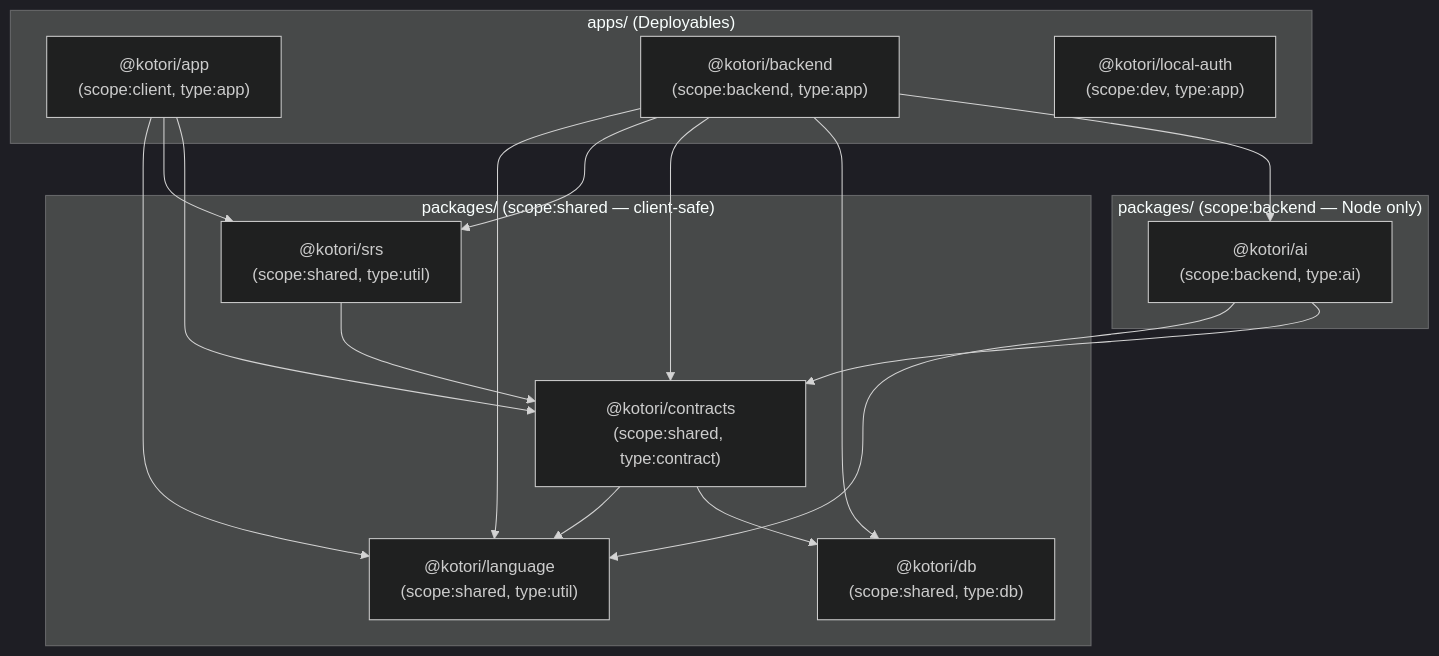
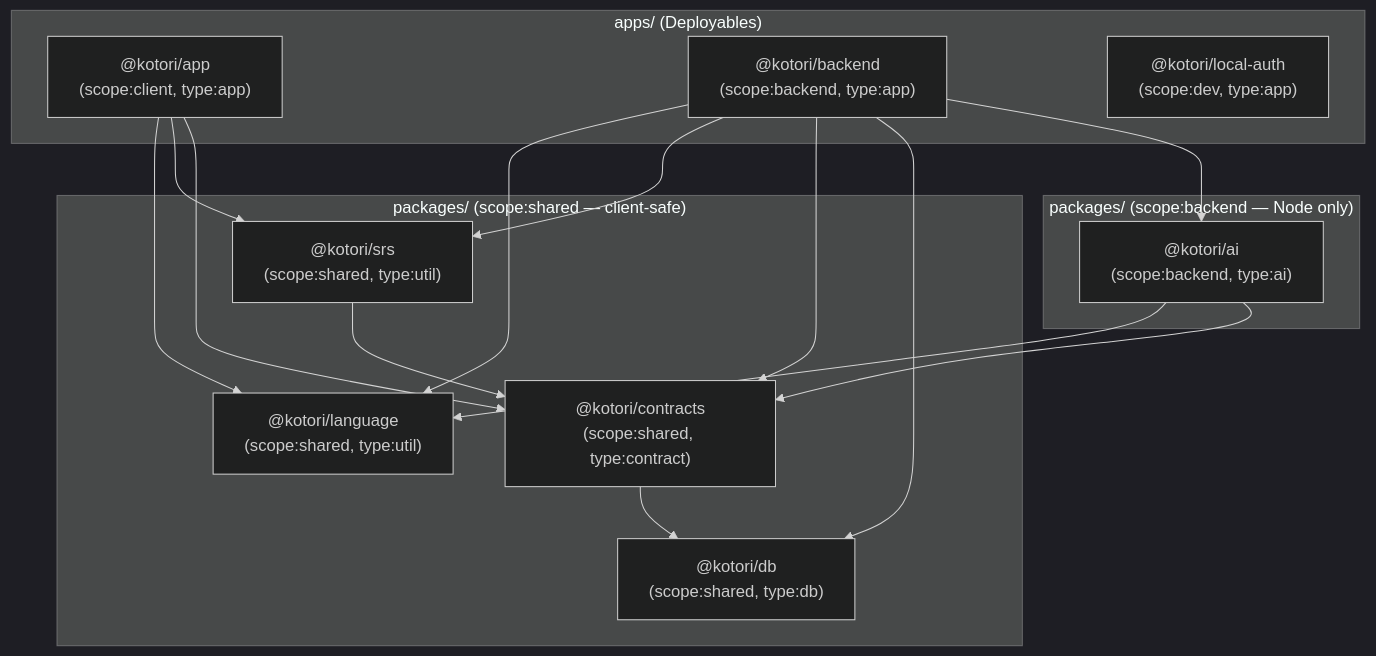
Before and after one commit to 0Calories/kotori: the diagram in docs/monorepo-rearchitecture.md, drawn with Mermaid (dark theme). The commit also changed other lines of this file and 25 other files, not shown here.

````diff
--- a/docs/monorepo-rearchitecture.md
+++ b/docs/monorepo-rearchitecture.md
@@ -160,36 +148,35 @@
 ```mermaid
 flowchart TD
   subgraph Apps ["apps/ (Deployables)"]
     App["@kotori/app<br/>(scope:client, type:app)"]
     Backend["@kotori/backend<br/>(scope:backend, type:app)"]
     LocalAuth["@kotori/local-auth<br/>(scope:dev, type:app)"]
   end
 
   subgraph BackendLibs ["packages/ (scope:backend — Node only)"]
     AI["@kotori/ai<br/>(scope:backend, type:ai)"]
   end
 
   subgraph SharedLibs ["packages/ (scope:shared — client-safe)"]
     Contracts["@kotori/contracts<br/>(scope:shared, type:contract)"]
     DB["@kotori/db<br/>(scope:shared, type:db)"]
     SRS["@kotori/srs<br/>(scope:shared, type:util)"]
     Language["@kotori/language<br/>(scope:shared, type:util)"]
   end
 
   App --> Contracts
   App --> SRS
   App --> Language
 
   Backend --> AI
   Backend --> DB
   Backend --> Contracts
   Backend --> SRS
   Backend --> Language
 
   AI --> Contracts
   AI --> Language
 
   Contracts --> DB
-  Contracts --> Language
   SRS --> Contracts
 ```
````
